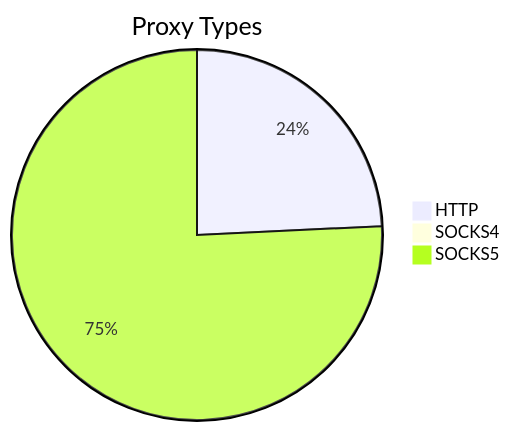
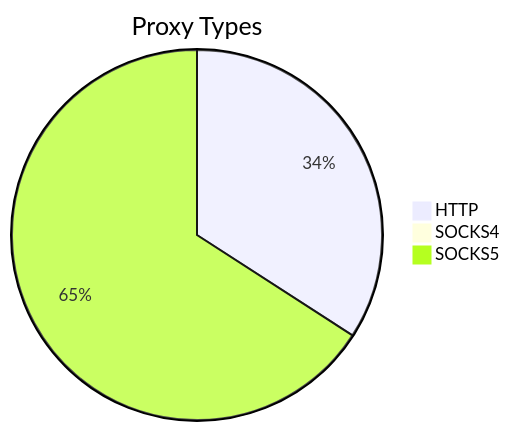
One commit to stormsia/proxy-list changed the first of 2 diagrams in README.md. Above: the diagram before and after it, drawn with Mermaid. The commit also changed other lines of this file, not shown here.

````diff
--- a/README.md
+++ b/README.md
@@ -21,6 +21,6 @@
 ```mermaid
 pie title Proxy Types
-    "HTTP" : 351
-    "SOCKS4" : 14
-    "SOCKS5" : 1097
+    "HTTP" : 530
+    "SOCKS4" : 15
+    "SOCKS5" : 1023
 ```
````
